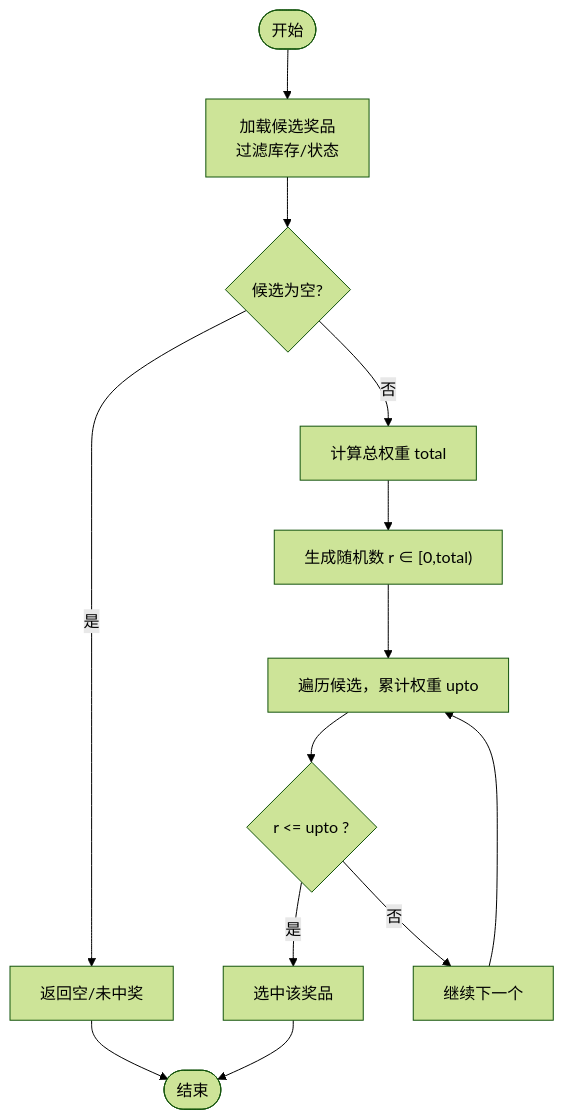
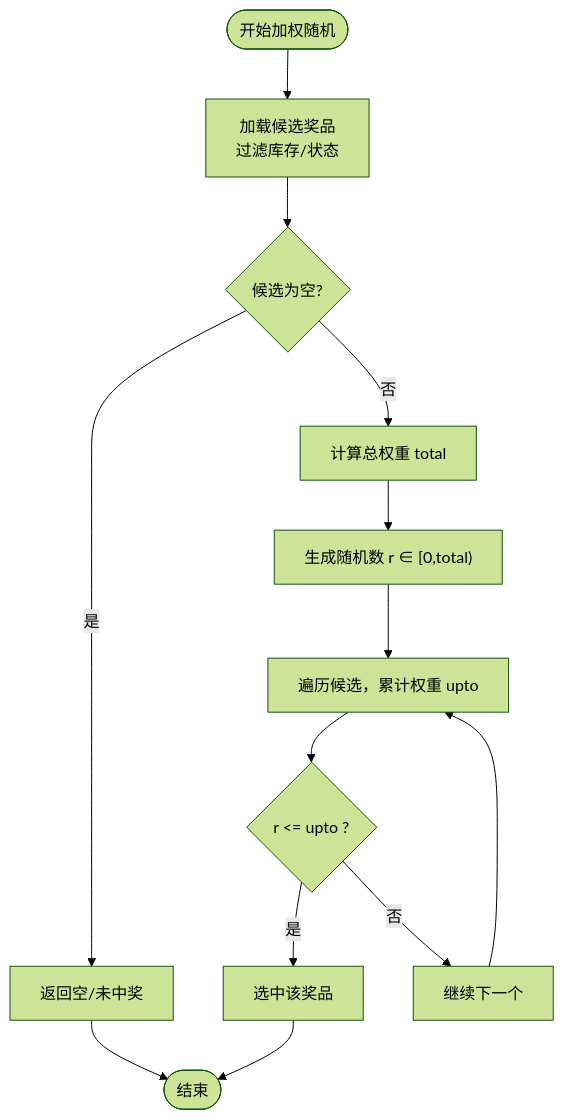
Before and after one commit to onebody/homework: the fourth of 7 diagrams in .qoder/repowiki/zh/content/积分兑换系统/核心功能模块/抽奖系统.md, drawn with Mermaid (forest theme). The commit also changed other lines of this file and 3 other files, not shown here.

````diff
--- a/.qoder/repowiki/zh/content/积分兑换系统/核心功能模块/抽奖系统.md
+++ b/.qoder/repowiki/zh/content/积分兑换系统/核心功能模块/抽奖系统.md
@@ -141,15 +190,15 @@
 ```mermaid
 flowchart TD
-Start(["开始"]) --> LoadPool["加载候选奖品<br/>过滤库存/状态"]
+Start(["开始加权随机"]) --> LoadPool["加载候选奖品<br/>过滤库存/状态"]
 LoadPool --> CheckEmpty{"候选为空?"}
 CheckEmpty --> |是| NoPrize["返回空/未中奖"]
 CheckEmpty --> |否| CalcWeight["计算总权重 total"]
 CalcWeight --> Rand["生成随机数 r ∈ [0,total)"]
 Rand --> Loop["遍历候选，累计权重 upto"]
 Loop --> Hit{"r <= upto ?"}
 Hit --> |是| Pick["选中该奖品"]
 Hit --> |否| Next["继续下一个"]
 Next --> Loop
 Pick --> End(["结束"])
 NoPrize --> End
 ```
````
